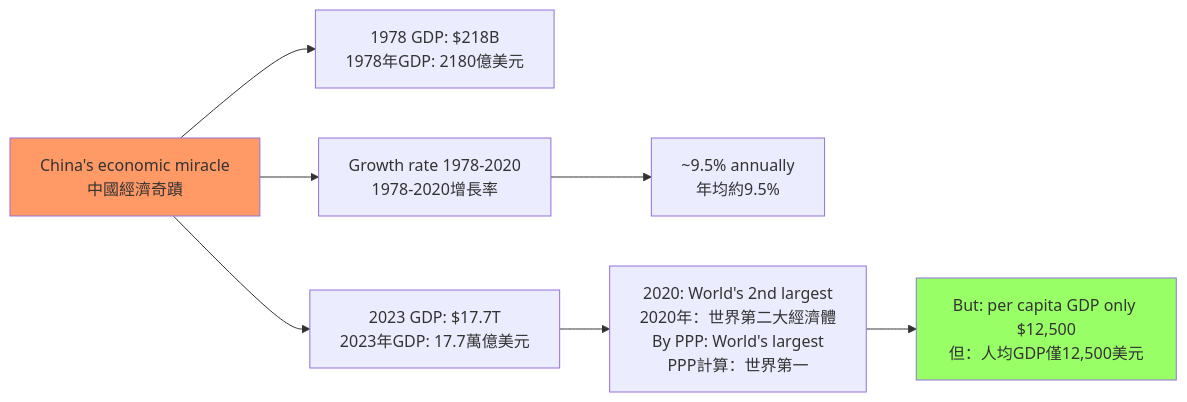
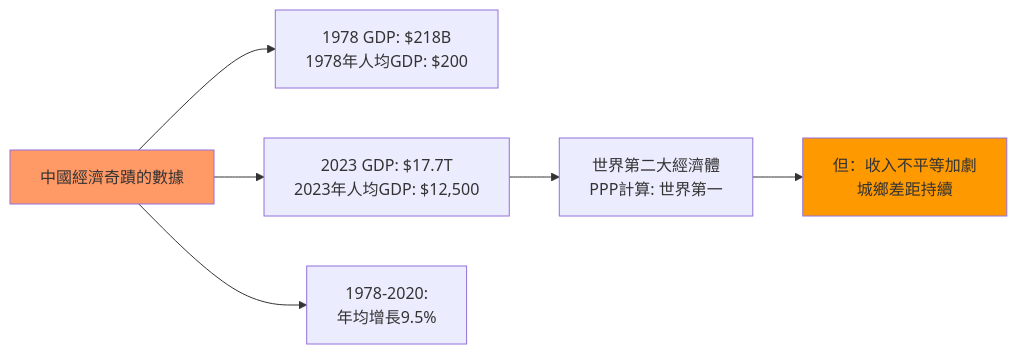
One commit to yip-lgtm/HKU-Harvard-History-Self-Study changed the fourth of 10 diagrams in 01_HKU_Courses/HIST2177_Economic_History_Modern_China.md. Above: the diagram before and after it, drawn with Mermaid. The commit also changed other lines of this file and 22 other files, not shown here.

````diff
--- a/01_HKU_Courses/HIST2177_Economic_History_Modern_China.md
+++ b/01_HKU_Courses/HIST2177_Economic_History_Modern_China.md
@@ -145,13 +327,12 @@
 ```mermaid
 graph LR
-    A[China's economic miracle<br/>中國經濟奇蹟] --> B[1978 GDP: $218B<br/>1978年GDP: 2180億美元]
-    A --> C[2023 GDP: $17.7T<br/>2023年GDP: 17.7萬億美元]
-    A --> D[Growth rate 1978-2020<br/>1978-2020增長率]
-    D --> E[~9.5% annually<br/>年均約9.5%]
+    A[中國經濟奇蹟的數據] --> B[1978 GDP: $218B<br/>1978年人均GDP: $200]
+    A --> C[2023 GDP: $17.7T<br/>2023年人均GDP: $12,500]
+    A --> D[1978-2020:<br/>年均增長9.5%]
     
-    C --> F[2020: World's 2nd largest<br/>2020年：世界第二大經濟體<br/>By PPP: World's largest<br/>PPP計算：世界第一]
-    F --> G[But: per capita GDP only $12,500<br/>但：人均GDP僅12,500美元]
+    C --> E[世界第二大經濟體<br/>PPP計算: 世界第一]
+    E --> F[但：收入不平等加劇<br/>城鄉差距持續]
     
     style A fill:#f96
-    style G fill:#9f6
+    style F fill:#f90
 ```
````
